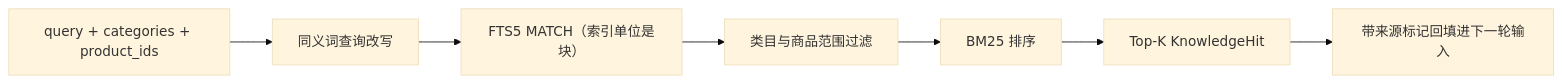
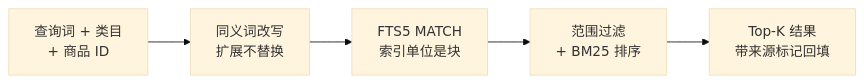
Before and after one commit to ImWenyaoT/chatty: the third of 4 diagrams in docs/architecture.md, drawn with Mermaid (base theme). The commit also changed other lines of this file and 1 other file, not shown here.

First line of the commit message:
docs: 重做五张 mermaid 图，补 data 目录说明

````diff
--- a/docs/architecture.md
+++ b/docs/architecture.md
@@ -100,9 +88,7 @@
 ```mermaid
 flowchart LR
-    INPUT["query + categories + product_ids"] --> REWRITE["同义词查询改写"]
-    REWRITE --> MATCH["FTS5 MATCH（索引单位是块）"]
-    MATCH --> FILTER["类目与商品范围过滤"]
-    FILTER --> RANK["BM25 排序"]
-    RANK --> TOPK["Top-K KnowledgeHit"]
-    TOPK --> MODEL["带来源标记回填进下一轮输入"]
+    Q["查询词 + 类目<br/>+ 商品 ID"] --> R["同义词改写<br/>扩展不替换"]
+    R --> M["FTS5 MATCH<br/>索引单位是块"]
+    M --> F["范围过滤<br/>+ BM25 排序"]
+    F --> T["Top-K 结果<br/>带来源标记回填"]
 ```
````
